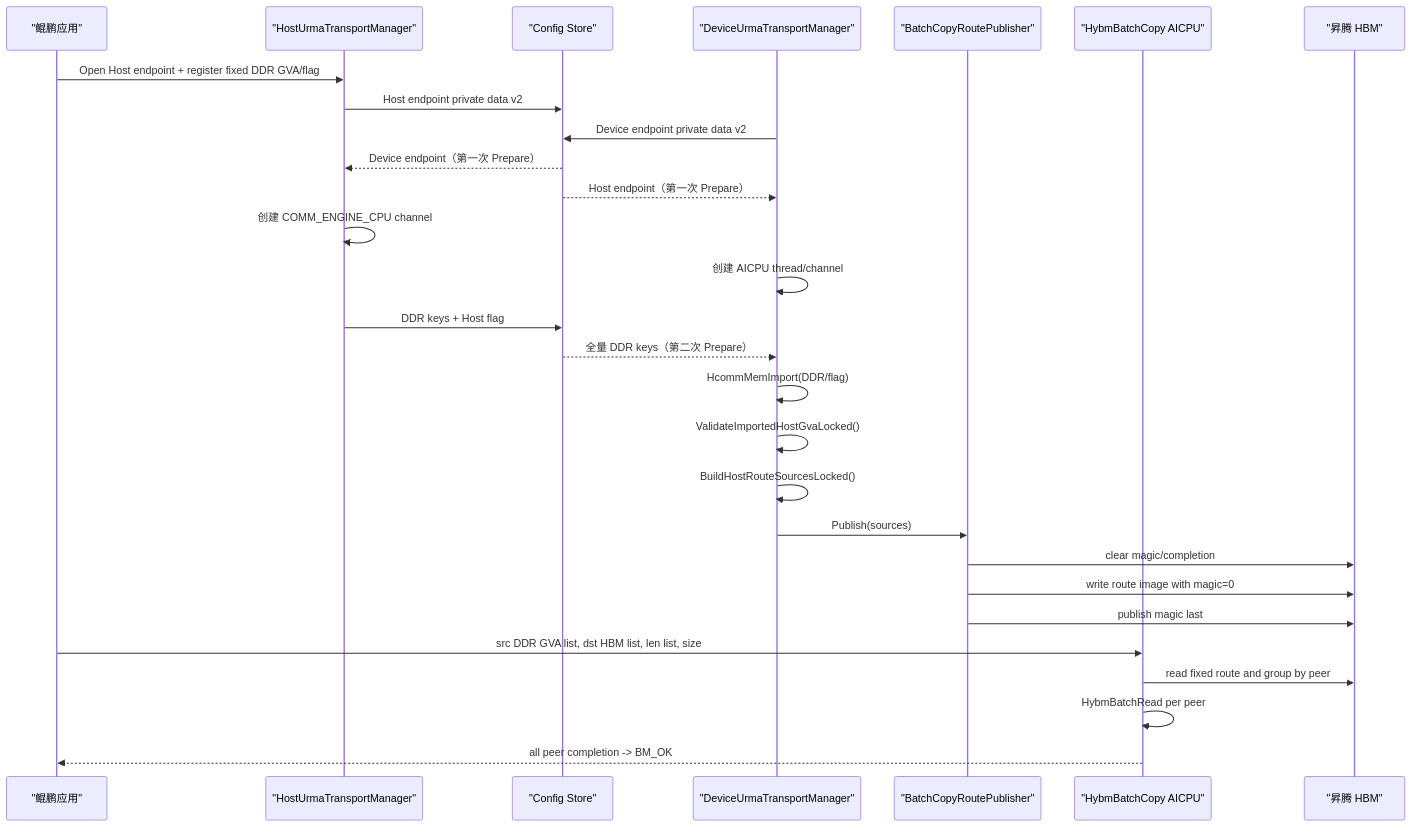
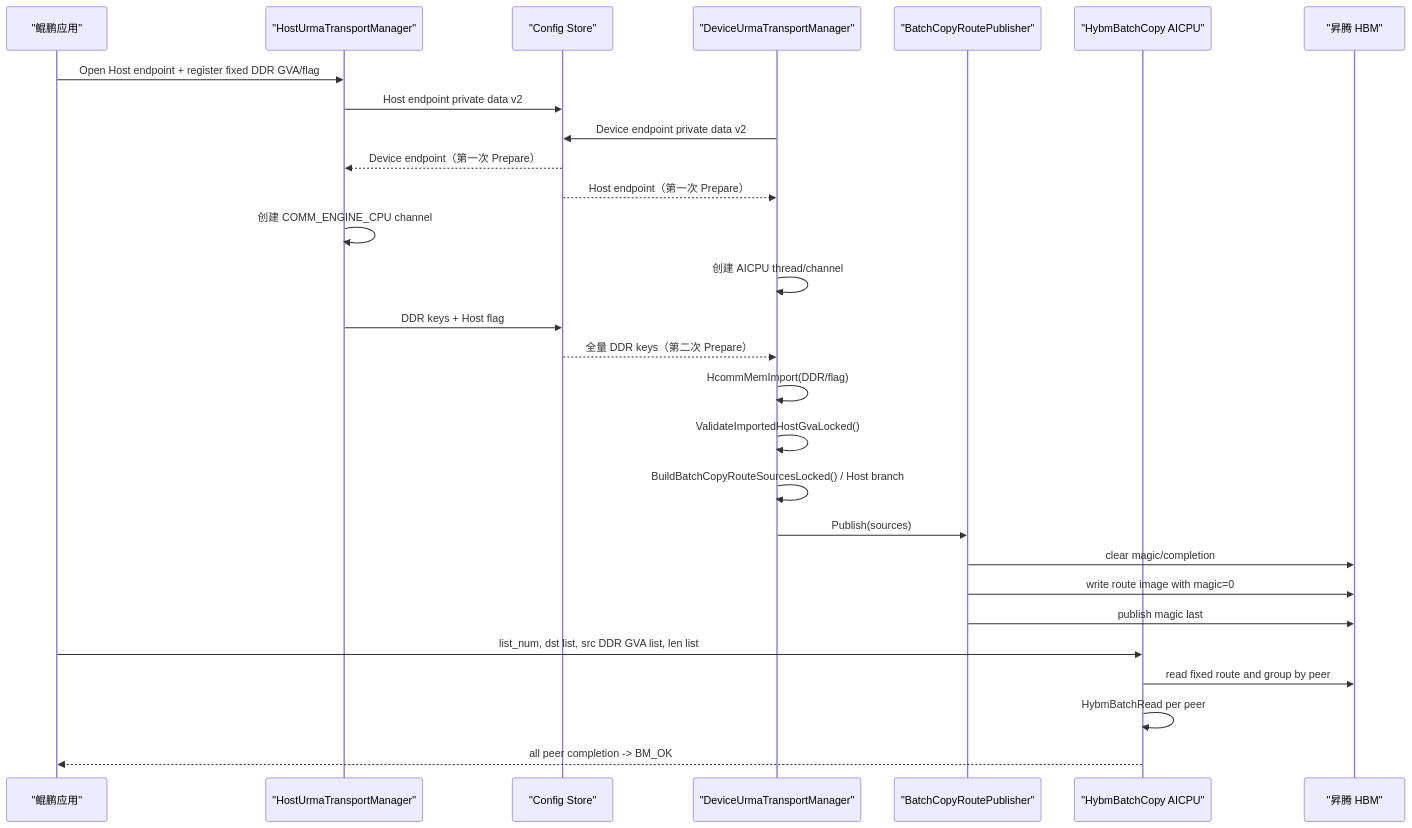
The third of 3 diagrams in doc/batch_copy_aicpu_urma_staged_implementation_plan.md (NoCoder0/memfabric_hybrid), drawn with Mermaid before and after one commit. The commit also changed other lines of this file and 1 other file, not shown here.

````diff
--- a/doc/batch_copy_aicpu_urma_staged_implementation_plan.md
+++ b/doc/batch_copy_aicpu_urma_staged_implementation_plan.md
@@ -932,31 +957,31 @@
 ```mermaid
 sequenceDiagram
     participant C as "鲲鹏应用"
     participant HM as "HostUrmaTransportManager"
     participant S as "Config Store"
     participant DM as "DeviceUrmaTransportManager"
     participant RP as "BatchCopyRoutePublisher"
     participant A as "HybmBatchCopy AICPU"
     participant D as "昇腾 HBM"
 
     C->>HM: Open Host endpoint + register fixed DDR GVA/flag
     HM->>S: Host endpoint private data v2
     DM->>S: Device endpoint private data v2
     S-->>HM: Device endpoint（第一次 Prepare）
     S-->>DM: Host endpoint（第一次 Prepare）
     HM->>HM: 创建 COMM_ENGINE_CPU channel
     DM->>DM: 创建 AICPU thread/channel
     HM->>S: DDR keys + Host flag
     S-->>DM: 全量 DDR keys（第二次 Prepare）
     DM->>DM: HcommMemImport(DDR/flag)
     DM->>DM: ValidateImportedHostGvaLocked()
-    DM->>DM: BuildHostRouteSourcesLocked()
+    DM->>DM: BuildBatchCopyRouteSourcesLocked() / Host branch
     DM->>RP: Publish(sources)
     RP->>D: clear magic/completion
     RP->>D: write route image with magic=0
     RP->>D: publish magic last
-    C->>A: src DDR GVA list, dst HBM list, len list, size
+    C->>A: list_num, dst list, src DDR GVA list, len list
     A->>D: read fixed route and group by peer
     A->>A: HybmBatchRead per peer
     A-->>C: all peer completion -> BM_OK
 ```
````
